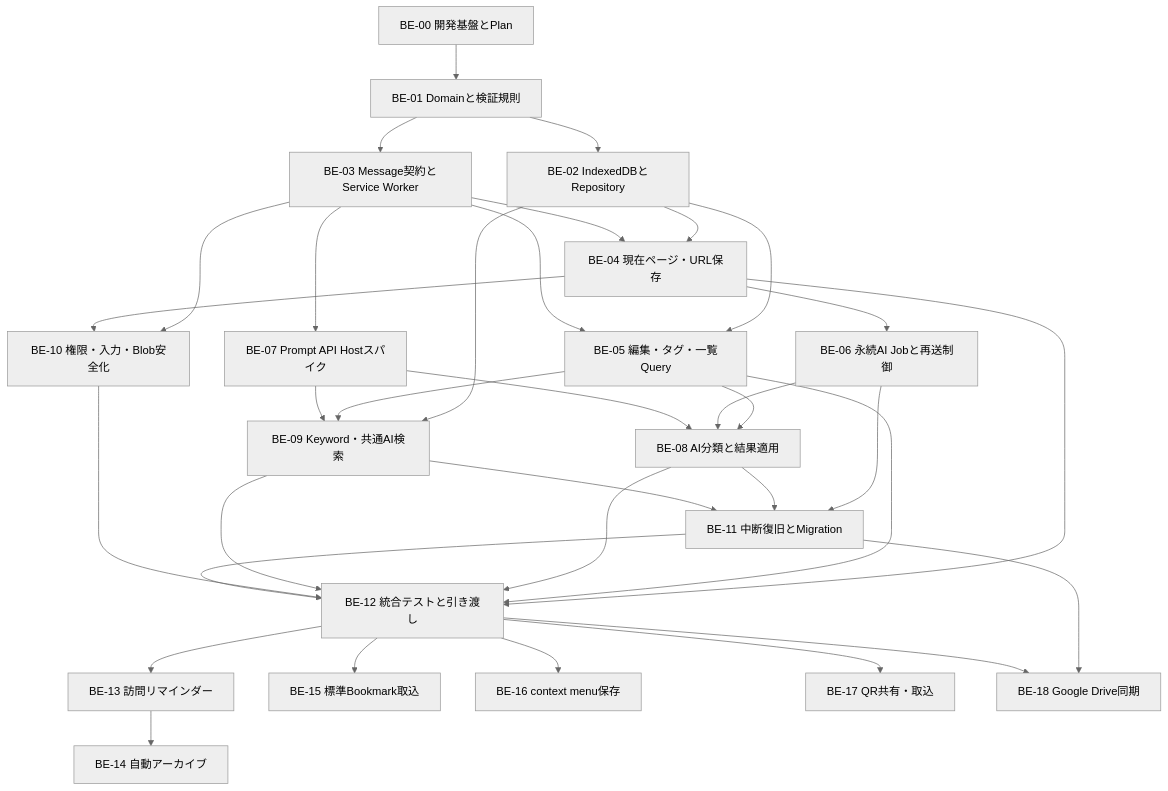
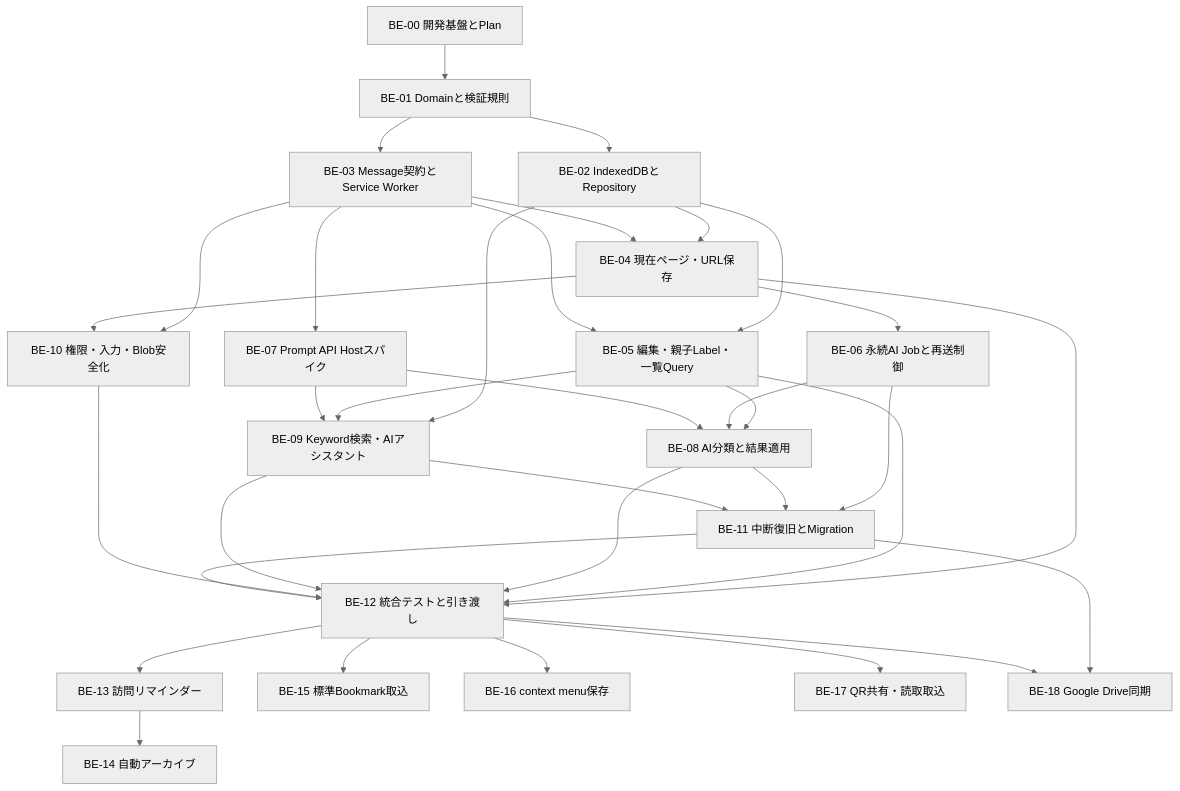
The first of 2 diagrams in BACKEND_TASKS.md (anti-fact/Bookmation), drawn with Mermaid (neutral theme) before and after one commit. The commit also changed other lines of this file and 23 other files, not shown here.

````diff
--- a/BACKEND_TASKS.md
+++ b/BACKEND_TASKS.md
@@ -35,36 +39,36 @@
 ```mermaid
 flowchart TD
     BE00["BE-00 開発基盤とPlan"] --> BE01["BE-01 Domainと検証規則"]
     BE01 --> BE02["BE-02 IndexedDBとRepository"]
     BE01 --> BE03["BE-03 Message契約とService Worker"]
     BE02 --> BE04["BE-04 現在ページ・URL保存"]
     BE03 --> BE04
-    BE02 --> BE05["BE-05 編集・タグ・一覧Query"]
+    BE02 --> BE05["BE-05 編集・親子Label・一覧Query"]
     BE03 --> BE05
     BE04 --> BE06["BE-06 永続AI Jobと再送制御"]
     BE03 --> BE07["BE-07 Prompt API Hostスパイク"]
     BE05 --> BE08["BE-08 AI分類と結果適用"]
     BE06 --> BE08
     BE07 --> BE08
-    BE02 --> BE09["BE-09 Keyword・共通AI検索"]
+    BE02 --> BE09["BE-09 Keyword検索・AIアシスタント"]
     BE05 --> BE09
     BE07 --> BE09
     BE03 --> BE10["BE-10 権限・入力・Blob安全化"]
     BE04 --> BE10
     BE06 --> BE11["BE-11 中断復旧とMigration"]
     BE08 --> BE11
     BE09 --> BE11
     BE04 --> BE12["BE-12 統合テストと引き渡し"]
     BE05 --> BE12
     BE08 --> BE12
     BE09 --> BE12
     BE10 --> BE12
     BE11 --> BE12
     BE12 --> BE13["BE-13 訪問リマインダー"]
     BE13 --> BE14["BE-14 自動アーカイブ"]
     BE12 --> BE15["BE-15 標準Bookmark取込"]
     BE12 --> BE16["BE-16 context menu保存"]
-    BE12 --> BE17["BE-17 QR共有・取込"]
+    BE12 --> BE17["BE-17 QR共有・読取取込"]
     BE11 --> BE18["BE-18 Google Drive同期"]
     BE12 --> BE18
 ```
````
